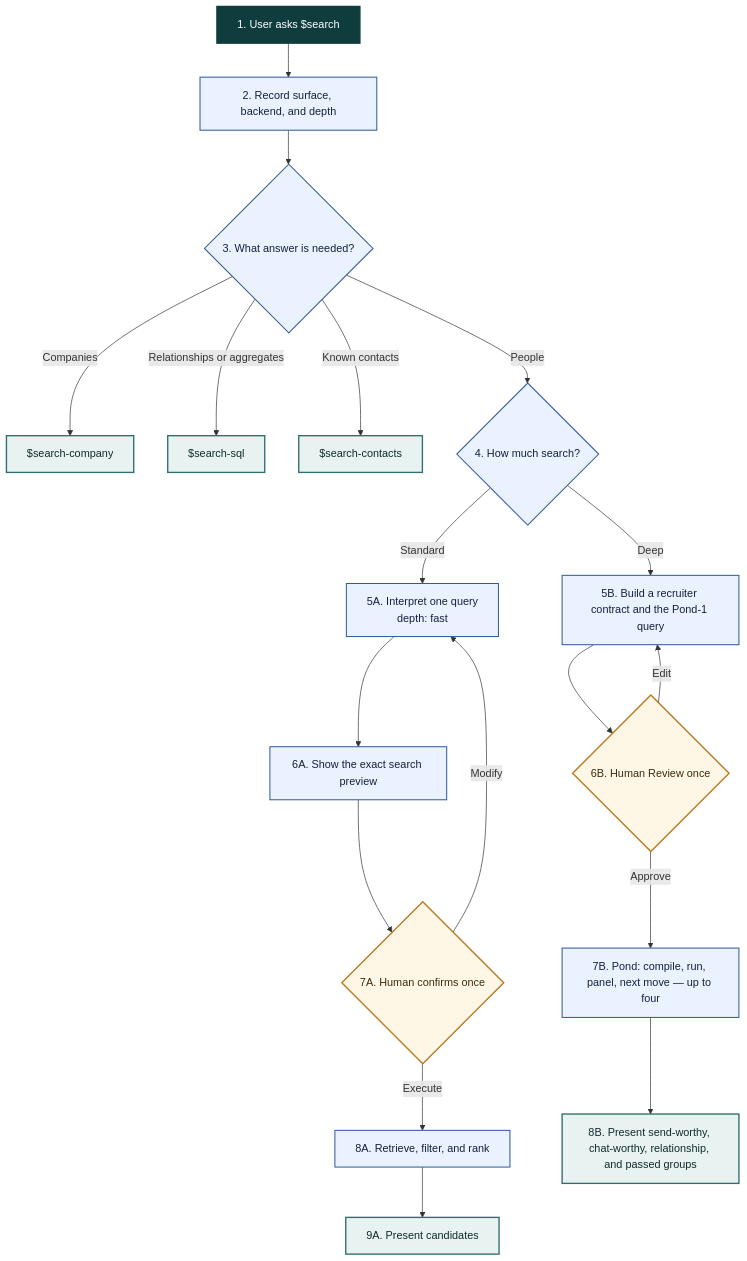
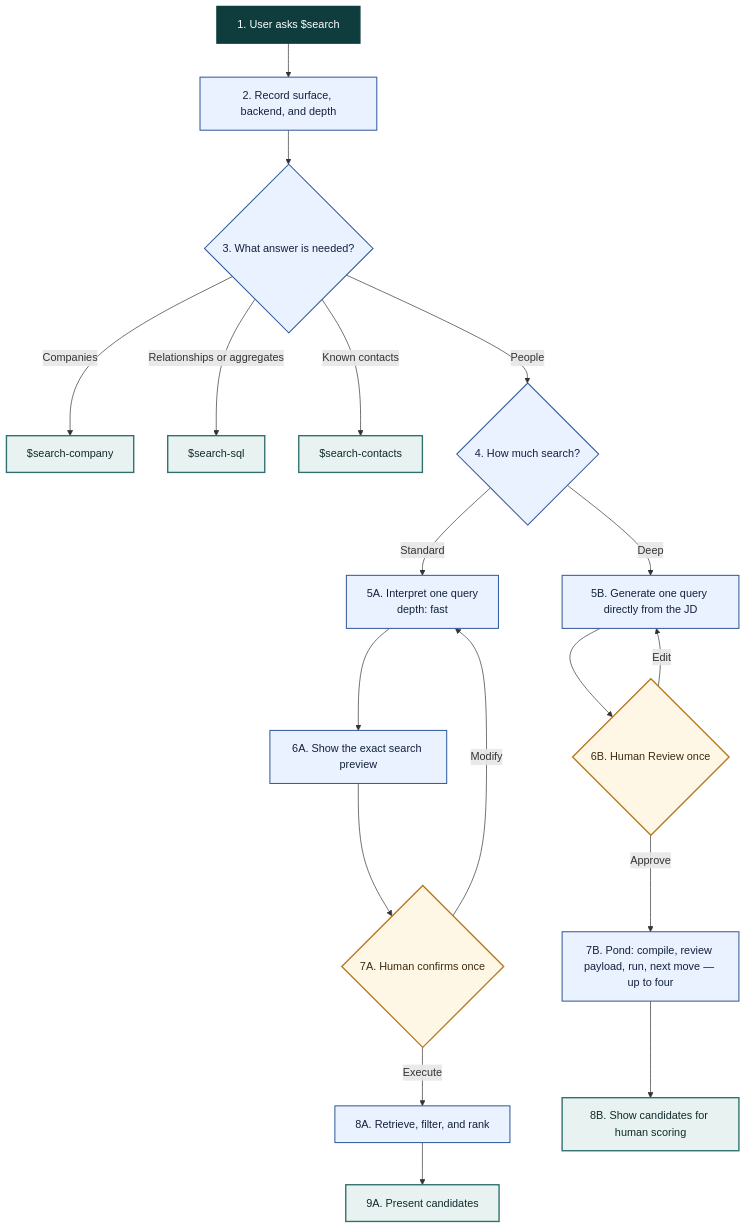
Before and after one commit to powerset-co/powerpacks: the first of 2 diagrams in packs/search/docs/search-architecture.md, drawn with Mermaid. The commit also changed other lines of this file and 37 other files, not shown here.

Commit message:
fix(search): generate pond queries directly from JDs (#494)

````diff
--- a/packs/search/docs/search-architecture.md
+++ b/packs/search/docs/search-architecture.md
@@ -45,32 +41,32 @@
 ```mermaid
 flowchart TD
     ASK[1. User asks $search] --> DECIDE[2. Record surface, backend, and depth]
     DECIDE --> SURFACE{3. What answer is needed?}
 
     SURFACE -->|Companies| COMPANY[$search-company]
     SURFACE -->|Relationships or aggregates| SQL[$search-sql]
     SURFACE -->|Known contacts| CONTACTS[$search-contacts]
     SURFACE -->|People| DEPTH{4. How much search?}
 
     DEPTH -->|Standard| INTERPRET[5A. Interpret one query<br/>depth: fast]
     INTERPRET --> PREVIEW[6A. Show the exact search preview]
     PREVIEW --> FASTREVIEW{7A. Human confirms once}
     FASTREVIEW -->|Modify| INTERPRET
     FASTREVIEW -->|Execute| FASTRUN[8A. Retrieve, filter, and rank]
     FASTRUN --> FASTRESULT[9A. Present candidates]
 
-    DEPTH -->|Deep| PLAN[5B. Build a recruiter contract and the Pond-1 query]
-    PLAN --> DEEPREVIEW{6B. Human Review once}
-    DEEPREVIEW -->|Edit| PLAN
-    DEEPREVIEW -->|Approve| DEEPRUN[7B. Pond: compile, run, panel, next move — up to four]
-    DEEPRUN --> DEEPRESULT[8B. Present send-worthy, chat-worthy, relationship, and passed groups]
+    DEPTH -->|Deep| QUERY[5B. Generate one query directly from the JD]
+    QUERY --> DEEPREVIEW{6B. Human Review once}
+    DEEPREVIEW -->|Edit| QUERY
+    DEEPREVIEW -->|Approve| DEEPRUN[7B. Pond: compile, review payload, run, next move — up to four]
+    DEEPRUN --> DEEPRESULT[8B. Show candidates for human scoring]
 
     classDef start fill:#0f3d3e,color:#ffffff,stroke:#0f3d3e,stroke-width:2px;
     classDef decision fill:#eaf2ff,color:#14213d,stroke:#315a9b,stroke-width:1.5px;
     classDef review fill:#fff7e6,color:#3d2b0f,stroke:#b7791f,stroke-width:2px;
     classDef result fill:#e8f3f1,color:#102a2a,stroke:#2f6f6d,stroke-width:2px;
     class ASK start;
-    class DECIDE,SURFACE,DEPTH,INTERPRET,PREVIEW,FASTRUN,PLAN,DEEPRUN decision;
+    class DECIDE,SURFACE,DEPTH,INTERPRET,PREVIEW,FASTRUN,QUERY,DEEPRUN decision;
     class FASTREVIEW,DEEPREVIEW review;
     class COMPANY,SQL,CONTACTS,FASTRESULT,DEEPRESULT result;
 ```
````
